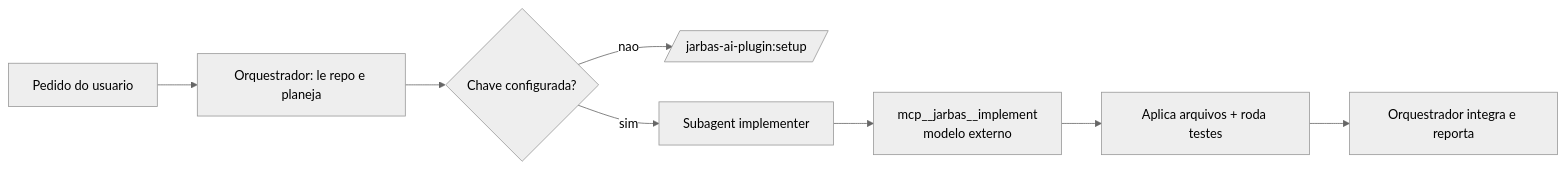
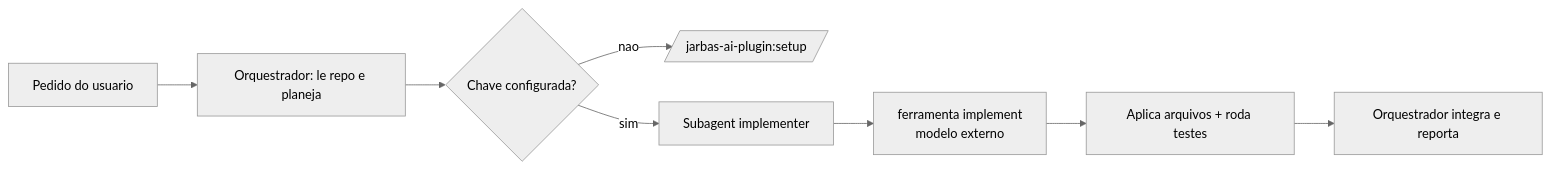
The diagram in skills/delegacao-de-implementacao/SKILL.md (Conjo-SA/jarbas-ai-plugin), drawn with Mermaid (neutral theme) before and after one commit. The commit also changed other lines of this file and 9 other files, not shown here.

````diff
--- a/skills/delegacao-de-implementacao/SKILL.md
+++ b/skills/delegacao-de-implementacao/SKILL.md
@@ -25,10 +25,10 @@
 ```mermaid
 flowchart LR
     A[Pedido do usuario] --> B[Orquestrador: le repo e planeja]
     B --> C{Chave configurada?}
     C -- nao --> D[/jarbas-ai-plugin:setup/]
     C -- sim --> E[Subagent implementer]
-    E --> F[mcp__jarbas__implement<br/>modelo externo]
+    E --> F[ferramenta implement<br/>modelo externo]
     F --> G[Aplica arquivos + roda testes]
     G --> H[Orquestrador integra e reporta]
 ```
````
